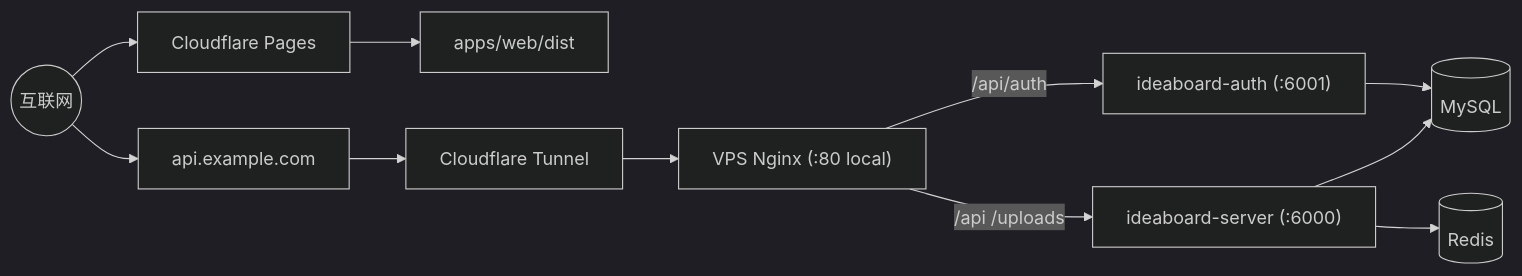
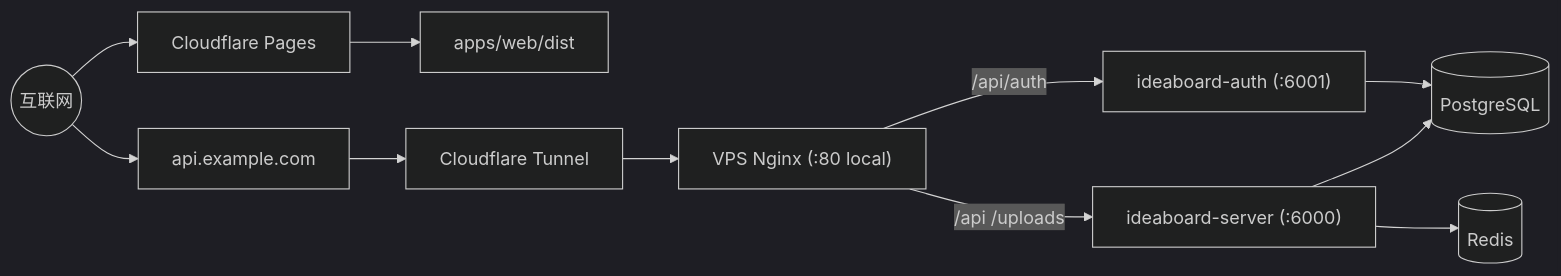
The third of 3 diagrams in DEPLOYMENT.md (Ericsunsk/IdeaBoard), drawn with Mermaid (dark theme) before and after one commit. The commit also changed other lines of this file and 114 other files, not shown here.

First line of the commit message:
refactor: migrate database from MySQL 8.0 to PostgreSQL 17

````diff
--- a/DEPLOYMENT.md
+++ b/DEPLOYMENT.md
@@ -88,13 +88,13 @@
 ```mermaid
 graph LR
     Internet((互联网)) --> Pages["Cloudflare Pages"]
     Pages --> Web["apps/web/dist"]
     Internet --> ApiDomain["api.example.com"]
     ApiDomain --> Tunnel["Cloudflare Tunnel"]
     Tunnel --> Nginx["VPS Nginx (:80 local)"]
     Nginx -- "/api/auth" --> Auth["ideaboard-auth (:6001)"]
     Nginx -- "/api /uploads" --> Server["ideaboard-server (:6000)"]
-    Auth --> MySQL[("MySQL")]
-    Server --> MySQL
+    Auth --> Postgres[("PostgreSQL")]
+    Server --> Postgres
     Server --> Redis[("Redis")]
 ```
````
